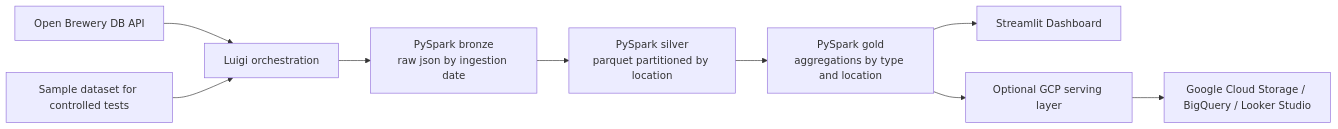
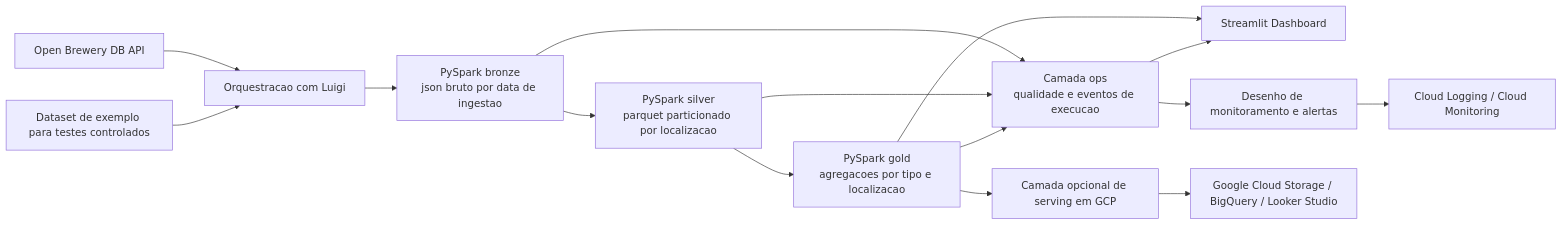
Before and after one commit to leorosp/bees-data-engineering-case: the diagram in docs/architecture.md, drawn with Mermaid. The commit also changed other lines of this file and 6 other files, not shown here.

````diff
--- a/docs/architecture.md
+++ b/docs/architecture.md
@@ -7,12 +7,18 @@
 ```mermaid
 flowchart LR
-    A["Open Brewery DB API"] --> B["Luigi orchestration"]
-    Z["Sample dataset for controlled tests"] --> B
-    B --> C["PySpark bronze<br/>raw json by ingestion date"]
-    C --> D["PySpark silver<br/>parquet partitioned by location"]
-    D --> E["PySpark gold<br/>aggregations by type and location"]
+    A["Open Brewery DB API"] --> B["Orquestracao com Luigi"]
+    Z["Dataset de exemplo para testes controlados"] --> B
+    B --> C["PySpark bronze<br/>json bruto por data de ingestao"]
+    C --> D["PySpark silver<br/>parquet particionado por localizacao"]
+    D --> E["PySpark gold<br/>agregacoes por tipo e localizacao"]
+    C --> O["Camada ops<br/>qualidade e eventos de execucao"]
+    D --> O
+    E --> O
     E --> F["Streamlit Dashboard"]
+    O --> F
+    O --> M["Desenho de monitoramento e alertas"]
 
-    E --> G["Optional GCP serving layer"]
+    E --> G["Camada opcional de serving em GCP"]
     G --> H["Google Cloud Storage / BigQuery / Looker Studio"]
+    M --> I["Cloud Logging / Cloud Monitoring"]
 ```
````
